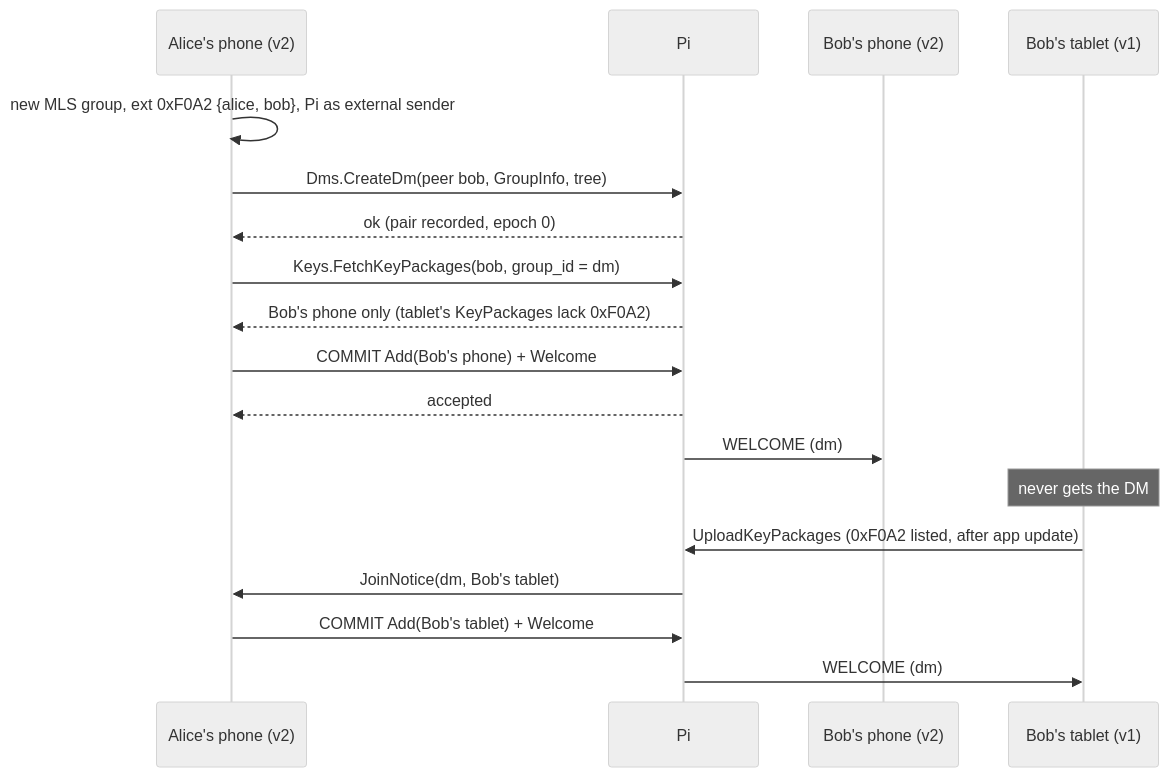
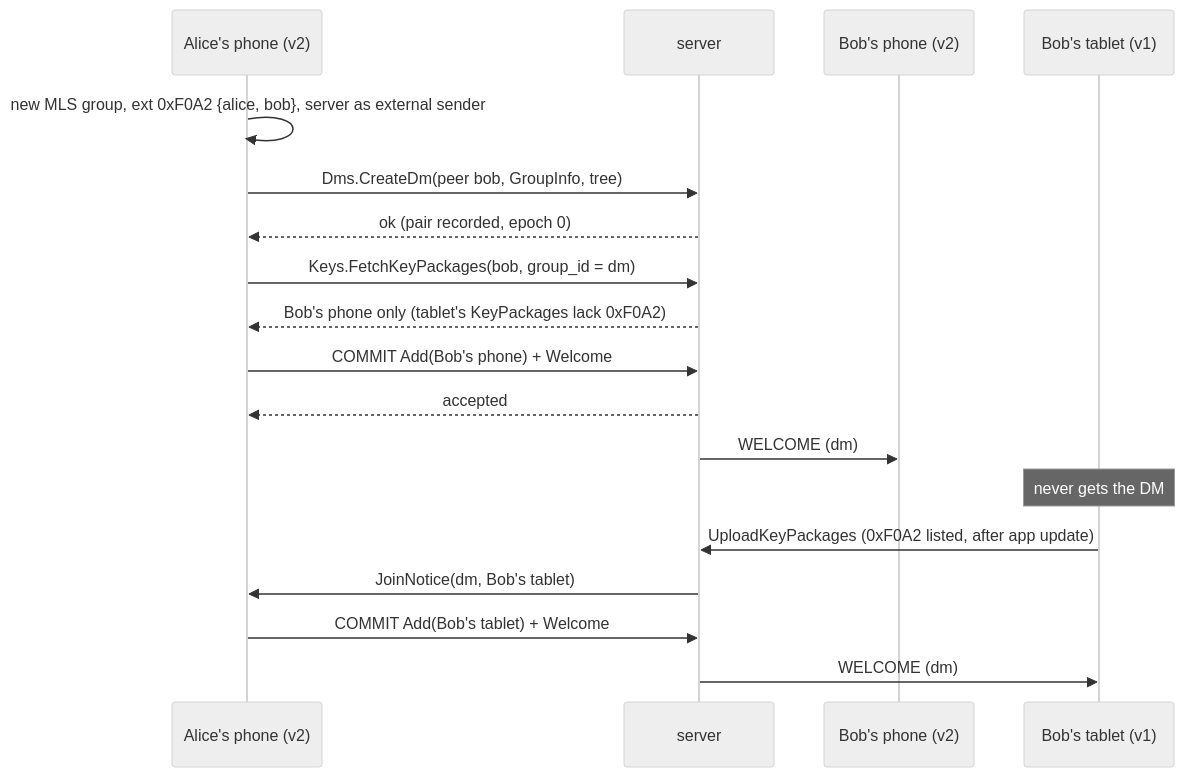
The diagram in openspec/changes/dms/design.md (koppathachan/vyajena), drawn with Mermaid (neutral theme) before and after one commit. The commit also changed other lines of this file and 437 other files, not shown here.

````diff
--- a/openspec/changes/dms/design.md
+++ b/openspec/changes/dms/design.md
@@ -277,20 +277,20 @@
 ```mermaid
 sequenceDiagram
     participant A as Alice's phone (v2)
-    participant Pi
+    participant server
     participant B as Bob's phone (v2)
     participant T as Bob's tablet (v1)
-    A->>A: new MLS group, ext 0xF0A2 {alice, bob}, Pi as external sender
-    A->>Pi: Dms.CreateDm(peer bob, GroupInfo, tree)
-    Pi-->>A: ok (pair recorded, epoch 0)
-    A->>Pi: Keys.FetchKeyPackages(bob, group_id = dm)
-    Pi-->>A: Bob's phone only (tablet's KeyPackages lack 0xF0A2)
-    A->>Pi: COMMIT Add(Bob's phone) + Welcome
-    Pi-->>A: accepted
-    Pi->>B: WELCOME (dm)
+    A->>A: new MLS group, ext 0xF0A2 {alice, bob}, server as external sender
+    A->>server: Dms.CreateDm(peer bob, GroupInfo, tree)
+    server-->>A: ok (pair recorded, epoch 0)
+    A->>server: Keys.FetchKeyPackages(bob, group_id = dm)
+    server-->>A: Bob's phone only (tablet's KeyPackages lack 0xF0A2)
+    A->>server: COMMIT Add(Bob's phone) + Welcome
+    server-->>A: accepted
+    server->>B: WELCOME (dm)
     Note over T: never gets the DM
-    T->>Pi: UploadKeyPackages (0xF0A2 listed, after app update)
-    Pi->>A: JoinNotice(dm, Bob's tablet)
-    A->>Pi: COMMIT Add(Bob's tablet) + Welcome
-    Pi->>T: WELCOME (dm)
+    T->>server: UploadKeyPackages (0xF0A2 listed, after app update)
+    server->>A: JoinNotice(dm, Bob's tablet)
+    A->>server: COMMIT Add(Bob's tablet) + Welcome
+    server->>T: WELCOME (dm)
 ```
````
